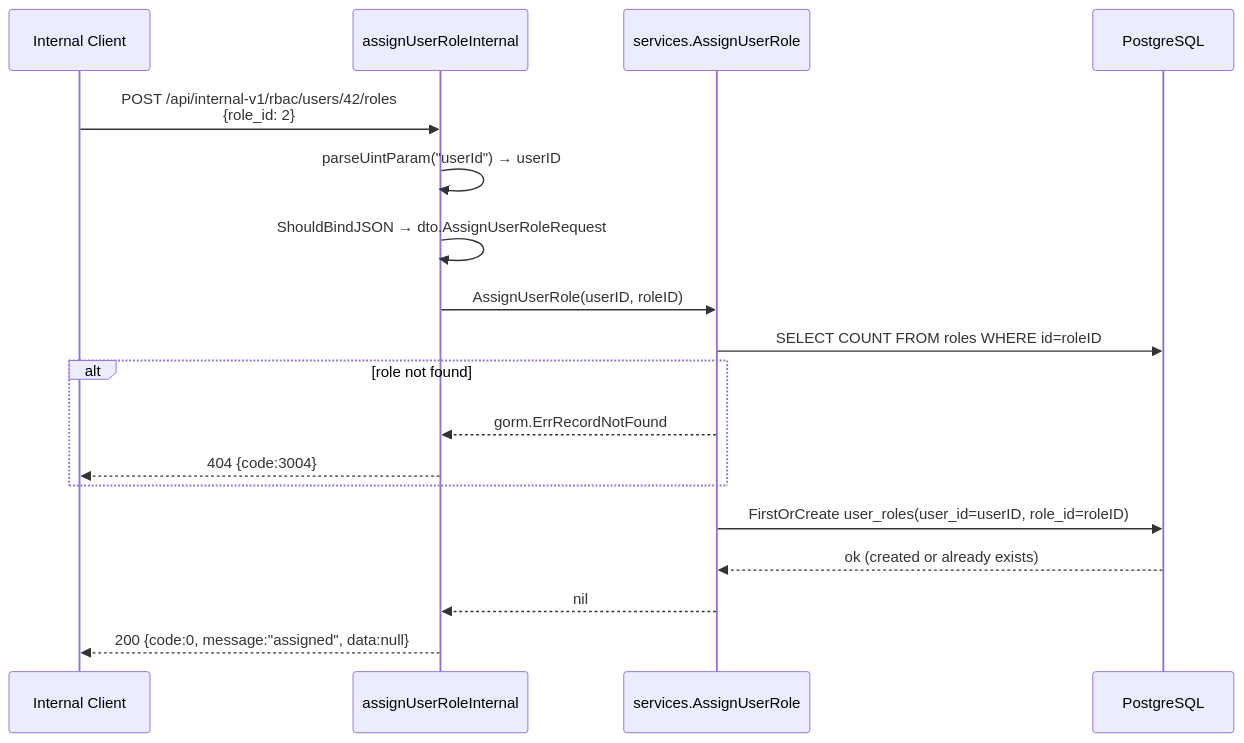
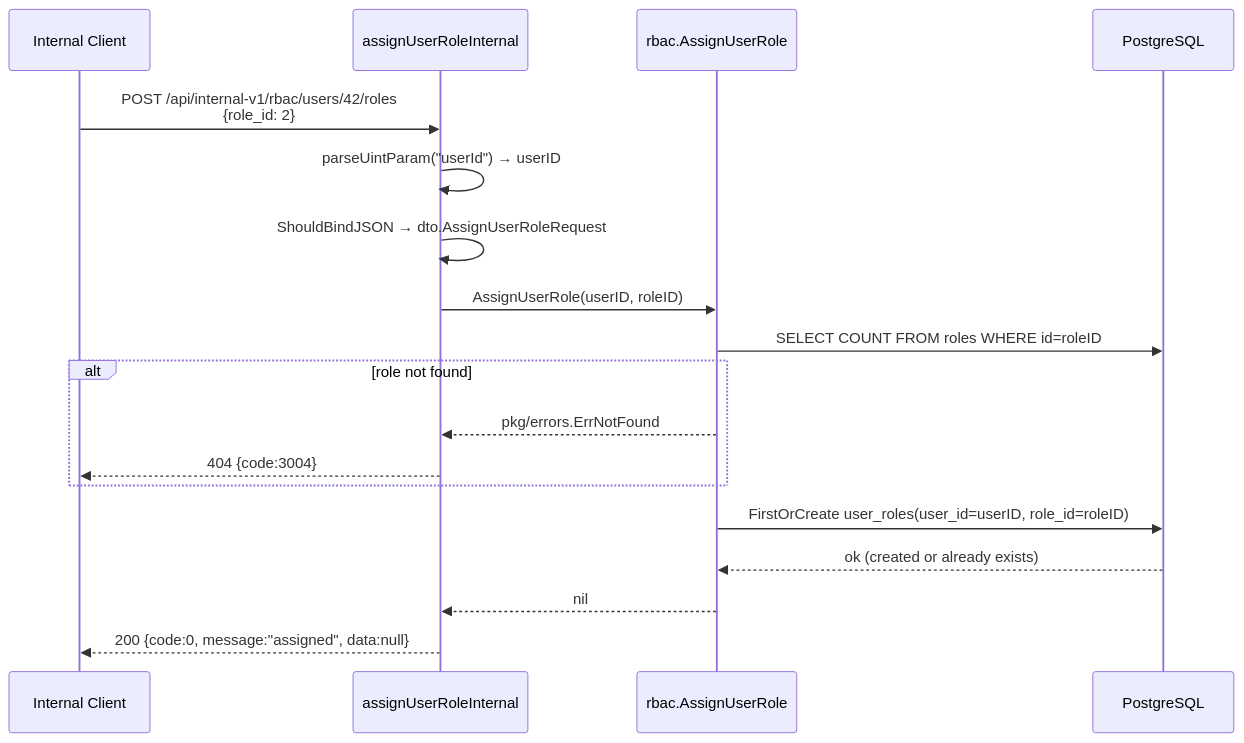
One commit to lkienkle11/be-mycourse changed diagram 18 of 23 in docs/sequence_diagrams.md. Above: the diagram before and after it, drawn with Mermaid. The commit also changed other lines of this file and 19 other files, not shown here.

Commit message:
docs: align architecture and module docs with package refactor

````diff
--- a/docs/sequence_diagrams.md
+++ b/docs/sequence_diagrams.md
@@ -771,24 +771,24 @@
 ```mermaid
 sequenceDiagram
     participant C as Internal Client
     participant H as assignUserRoleInternal
-    participant SVC as services.AssignUserRole
+    participant SVC as rbac.AssignUserRole
     participant DB as PostgreSQL
 
     C->>H: POST /api/internal-v1/rbac/users/42/roles<br/>{role_id: 2}
     H->>H: parseUintParam("userId") → userID
     H->>H: ShouldBindJSON → dto.AssignUserRoleRequest
     H->>SVC: AssignUserRole(userID, roleID)
 
     SVC->>DB: SELECT COUNT FROM roles WHERE id=roleID
     alt role not found
-        SVC-->>H: gorm.ErrRecordNotFound
+        SVC-->>H: pkg/errors.ErrNotFound
         H-->>C: 404 {code:3004}
     end
 
     SVC->>DB: FirstOrCreate user_roles(user_id=userID, role_id=roleID)
     DB-->>SVC: ok (created or already exists)
     SVC-->>H: nil
 
     H-->>C: 200 {code:0, message:"assigned", data:null}
 ```
````
